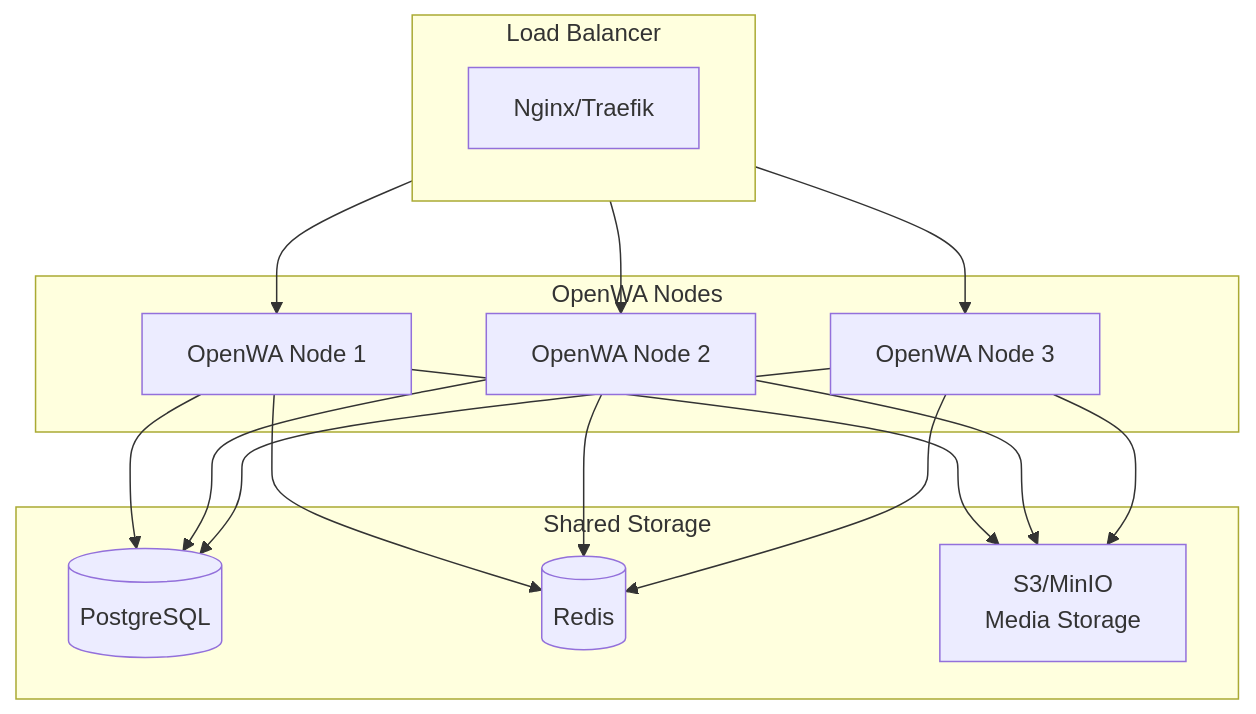
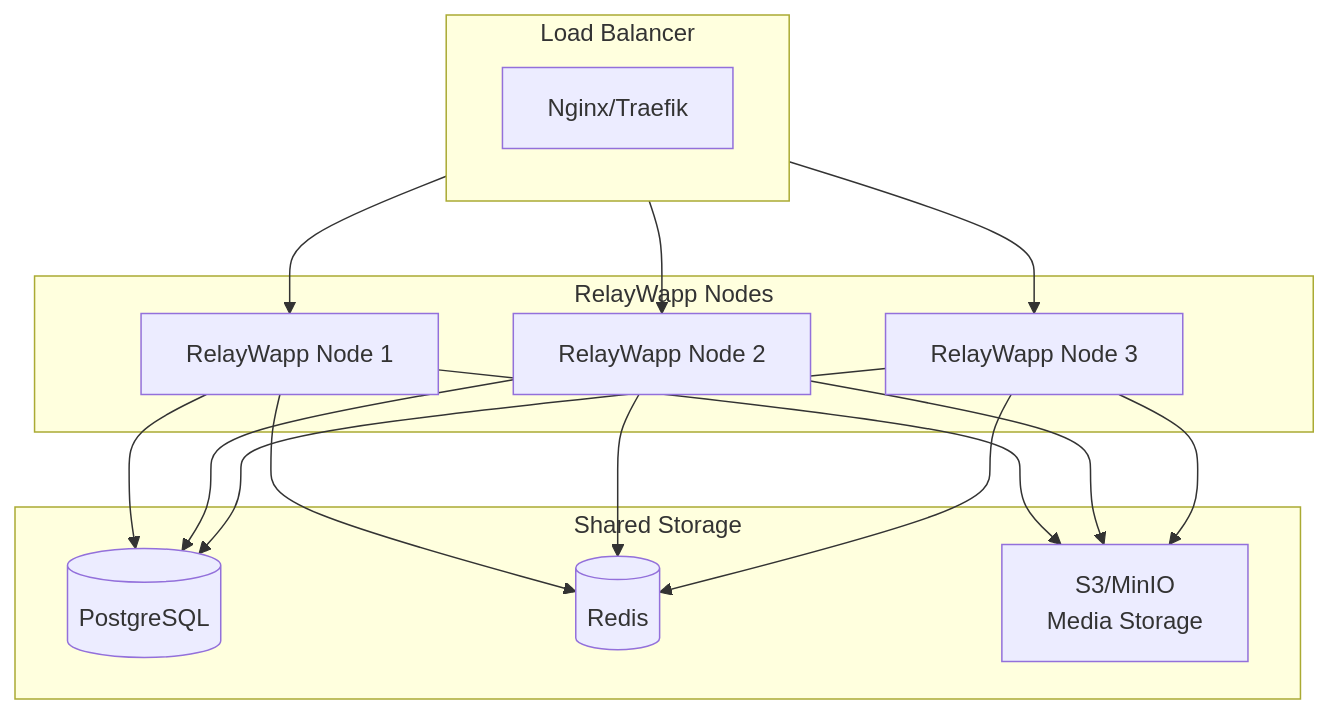
Before and after one commit to FaisalKabirGalib/whitelabel-whatsapp-gateway: the diagram in docs/13-horizontal-scaling.md, drawn with Mermaid. The commit also changed other lines of this file and 51 other files, not shown here.

Commit message:
docs: rebrand documentation for RelayWapp

````diff
--- a/docs/13-horizontal-scaling.md
+++ b/docs/13-horizontal-scaling.md
@@ -94,34 +94,34 @@
 ```mermaid
 flowchart TB
     subgraph LB["Load Balancer"]
         NGINX[Nginx/Traefik]
     end
 
-    subgraph Nodes["OpenWA Nodes"]
-        N1[OpenWA Node 1]
-        N2[OpenWA Node 2]
-        N3[OpenWA Node 3]
+    subgraph Nodes["RelayWapp Nodes"]
+        N1[RelayWapp Node 1]
+        N2[RelayWapp Node 2]
+        N3[RelayWapp Node 3]
     end
 
     subgraph Storage["Shared Storage"]
         PG[(PostgreSQL)]
         REDIS[(Redis)]
         S3[S3/MinIO<br/>Media Storage]
     end
 
     LB --> N1
     LB --> N2
     LB --> N3
 
     N1 --> PG
     N2 --> PG
     N3 --> PG
 
     N1 --> REDIS
     N2 --> REDIS
     N3 --> REDIS
 
     N1 --> S3
     N2 --> S3
     N3 --> S3
 ```
````
